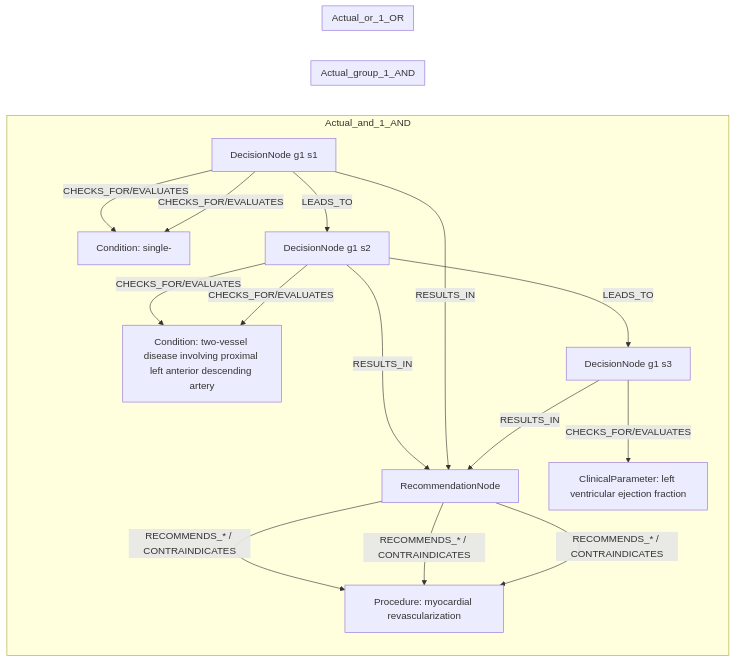
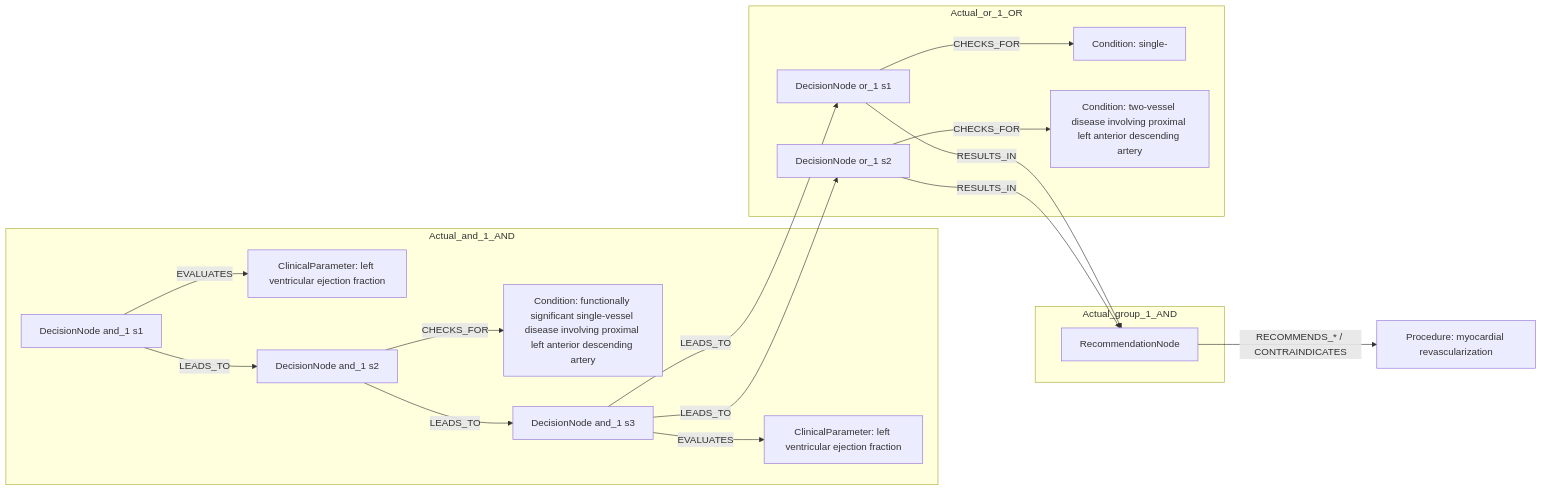
The second of 2 diagrams in docs/table22_rows/row_10.md (dieterich-lab/CardioGuidelinesGraph), drawn with Mermaid before and after one commit. The commit also changed other lines of this file and 18 other files, not shown here.

Commit message:
Update mermaid diagrams.

````diff
--- a/docs/table22_rows/row_10.md
+++ b/docs/table22_rows/row_10.md
@@ -226,39 +223,34 @@
 ```mermaid
 graph LR
+  REC[RecommendationNode]
+  ACT1[Procedure: myocardial revascularization]
+  REC -->|RECOMMENDS_* / CONTRAINDICATES| ACT1
   subgraph Actual_and_1_AND
-    REC[RecommendationNode]
-    D1[DecisionNode g1 s1]
-    C1[ClinicalParameter: left ventricular ejection fraction]
-    D1 -->|CHECKS_FOR/EVALUATES| C1
-    D2[DecisionNode g1 s2]
-    C2[Condition: functionally significant single-vessel disease involving proximal left anterior descending artery]
-    D2 -->|CHECKS_FOR/EVALUATES| C2
-    D3[DecisionNode g1 s3]
-    C3[ClinicalParameter: left ventricular ejection fraction]
-    D3 -->|CHECKS_FOR/EVALUATES| C3
-    D1 -->|LEADS_TO| D2
-    D2 -->|LEADS_TO| D3
-    D3 -->|RESULTS_IN| REC
-    ACT1[Procedure: myocardial revascularization]
-    REC -->|RECOMMENDS_* / CONTRAINDICATES| ACT1
+    D_and_1_1[DecisionNode and_1 s1]
+    C_and_1_1[ClinicalParameter: left ventricular ejection fraction]
+    D_and_1_1 -->|EVALUATES| C_and_1_1
+    D_and_1_2[DecisionNode and_1 s2]
+    C_and_1_2[Condition: functionally significant single-vessel disease involving proximal left anterior descending artery]
+    D_and_1_2 -->|CHECKS_FOR| C_and_1_2
+    D_and_1_3[DecisionNode and_1 s3]
+    C_and_1_3[ClinicalParameter: left ventricular ejection fraction]
+    D_and_1_3 -->|EVALUATES| C_and_1_3
+    D_and_1_1 -->|LEADS_TO| D_and_1_2
+    D_and_1_2 -->|LEADS_TO| D_and_1_3
   end
   subgraph Actual_group_1_AND
-    REC[RecommendationNode]
     REC
-    ACT1[Procedure: myocardial revascularization]
-    REC -->|RECOMMENDS_* / CONTRAINDICATES| ACT1
   end
   subgraph Actual_or_1_OR
-    REC[RecommendationNode]
-    D1[DecisionNode g1 s1]
-    C1[Condition: single-]
-    D1 -->|CHECKS_FOR/EVALUATES| C1
-    D2[DecisionNode g1 s2]
-    C2[Condition: two-vessel disease involving proximal left anterior descending artery]
-    D2 -->|CHECKS_FOR/EVALUATES| C2
-    D1 -->|RESULTS_IN| REC
-    D2 -->|RESULTS_IN| REC
-    ACT1[Procedure: myocardial revascularization]
-    REC -->|RECOMMENDS_* / CONTRAINDICATES| ACT1
+    D_or_1_1[DecisionNode or_1 s1]
+    C_or_1_1[Condition: single-]
+    D_or_1_1 -->|CHECKS_FOR| C_or_1_1
+    D_or_1_2[DecisionNode or_1 s2]
+    C_or_1_2[Condition: two-vessel disease involving proximal left anterior descending artery]
+    D_or_1_2 -->|CHECKS_FOR| C_or_1_2
+    D_and_1_3 -->|LEADS_TO| D_or_1_1
+    D_and_1_3 -->|LEADS_TO| D_or_1_2
   end
+  D_or_1_1 -->|RESULTS_IN| REC
+  D_or_1_2 -->|RESULTS_IN| REC
 ```
````
